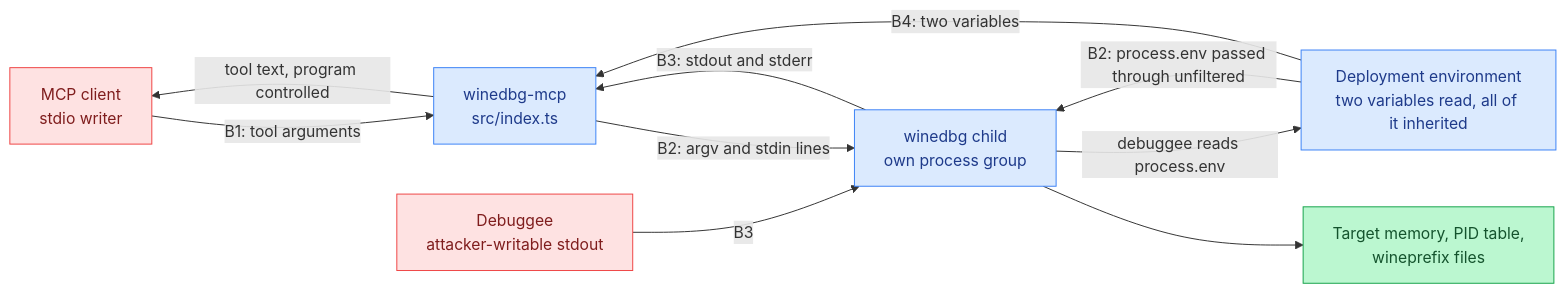
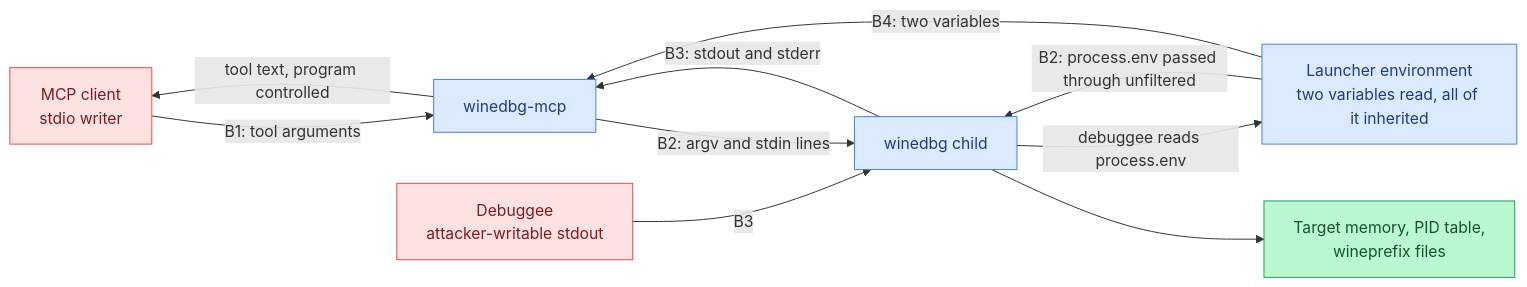
The diagram in docs/THREAT_MODEL.md (maci0/winedbg-mcp), drawn with Mermaid before and after one commit. The commit also changed other lines of this file, not shown here.

````diff
--- a/docs/THREAT_MODEL.md
+++ b/docs/THREAT_MODEL.md
@@ -79,16 +110,16 @@
 ```mermaid
 flowchart LR
   classDef trusted fill:#dbeafe,stroke:#3b82f6,color:#1e3a8a
   classDef untrusted fill:#fee2e2,stroke:#ef4444,color:#7f1d1d
   classDef asset fill:#bbf7d0,stroke:#16a34a,color:#14532d
 
-  client["MCP client<br/>stdio writer"]:::untrusted -->|B1: tool arguments| server["winedbg-mcp<br/>src/index.ts"]:::trusted
-  env["Deployment environment<br/>two variables read, all of it inherited"]:::trusted -->|B4: two variables| server
-  env -->|B2: process.env passed through unfiltered| child["winedbg child<br/>own process group"]:::trusted
+  client["MCP client<br/>stdio writer"]:::untrusted -->|B1: tool arguments| server["winedbg-mcp"]:::trusted
+  env["Launcher environment<br/>two variables read, all of it inherited"]:::trusted -->|B4: two variables| server
+  env -->|B2: process.env passed through unfiltered| child["winedbg child"]:::trusted
   server -->|B2: argv and stdin lines| child
   child -->|B3: stdout and stderr| server
   target["Debuggee<br/>attacker-writable stdout"]:::untrusted -->|B3| child
   server -->|tool text, program controlled| client
   child --> mem["Target memory, PID table,<br/>wineprefix files"]:::asset
   child -->|"debuggee reads process.env"| env
 ```
````
